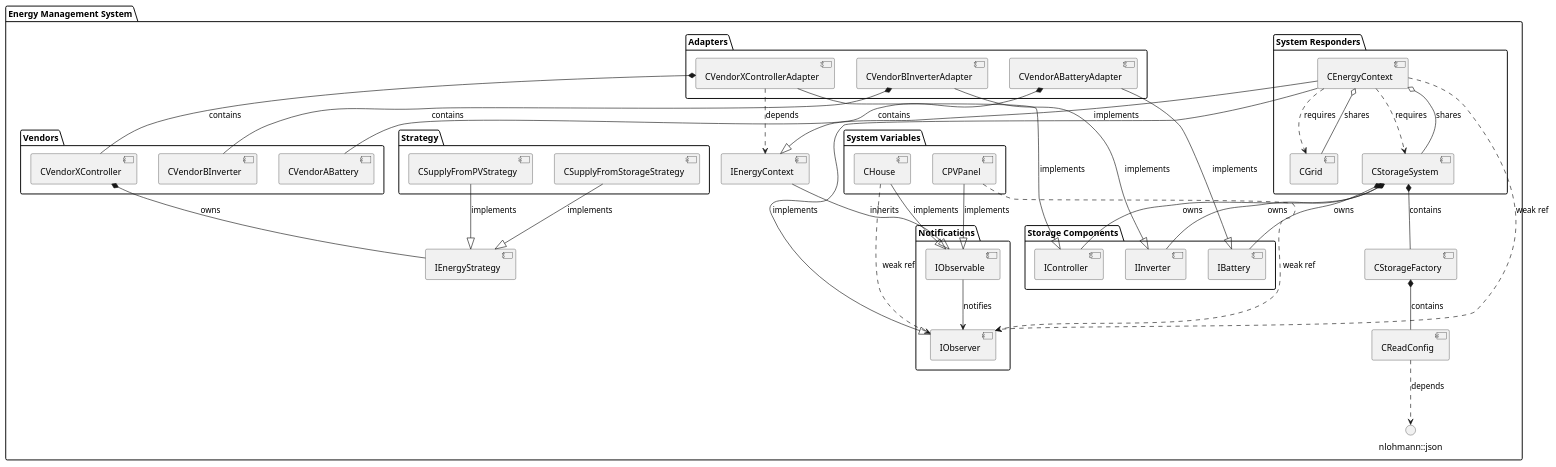
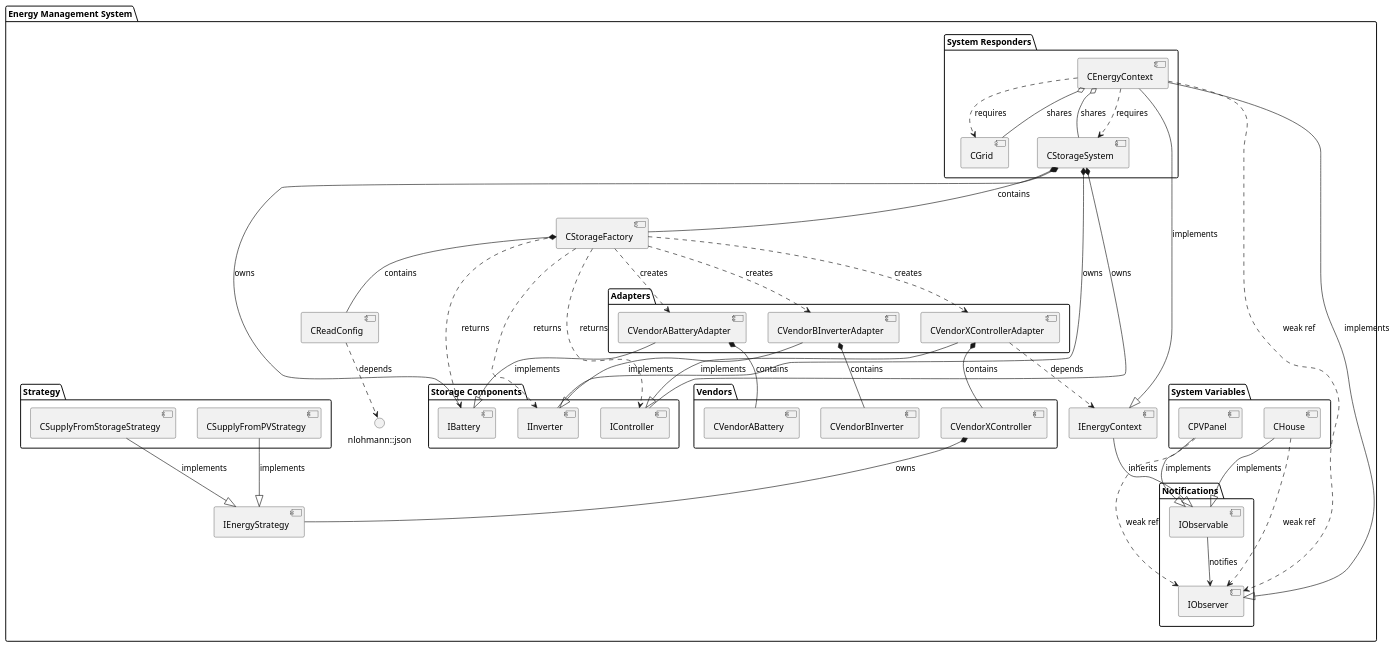
The diagram in docs/component_diagram.puml (Menna271/BatteryManagementSystem), drawn with PlantUML before and after one commit.

Commit message:
Modified diagrams

```diff
--- a/docs/component_diagram.puml
+++ b/docs/component_diagram.puml
@@ -1,83 +1,89 @@
 @startuml Component Diagram
 
 package "Energy Management System" {
     package "System Variables" {
         [CPVPanel] 
         [CHouse] 
     }
         package "System Responders" {
         [CEnergyContext] ..> [CStorageSystem] : "requires"
         [CEnergyContext] ..> [CGrid] : "requires"
     }
 
     package "Notifications" {
         [IObservable]
         [IObserver]
     } 
 
     package "Storage Components" {
         [IController]
         [IInverter]
         [IBattery]
     }
 
     package "Vendors" {
         [CVendorABattery]
         [CVendorBInverter]
         [CVendorXController]
     }
 
     package "Adapters" {
         [CVendorABatteryAdapter]
         [CVendorBInverterAdapter]
         [CVendorXControllerAdapter]
     }
 
     package "Strategy" {
         [CSupplyFromPVStrategy]
         [CSupplyFromStorageStrategy]
     }
 
     [CEnergyContext] o-- [CStorageSystem] : shares
     [CEnergyContext] o-- [CGrid] : shares
 
     [CPVPanel] --|> [IObservable] : "implements"
     [CHouse] --|> [IObservable] : "implements"
 
     [CPVPanel] ..> [IObserver] : "weak ref"
     [CHouse] ..> [IObserver] : "weak ref"
 
     [IObservable] --> [IObserver] : "notifies"
 
     [CEnergyContext] --|> [IEnergyContext] : "implements"
     [IEnergyContext] --|> [IObservable] : "inherits"
     [CEnergyContext] --|> [IObserver] : "implements"
     [CEnergyContext] ..> [IObserver] : "weak ref"
 
     [CStorageSystem] *-- [IController] : "owns"
     [CStorageSystem] *-- [IInverter] : "owns"
     [CStorageSystem] *-- [IBattery] : "owns"
     [CStorageSystem] *-- [CStorageFactory] : "contains"
 
     [CStorageFactory] *-- [CReadConfig] : "contains"
+    [CStorageFactory] ..> [CVendorABatteryAdapter] : creates
+    [CStorageFactory] ..> [CVendorBInverterAdapter] : creates
+    [CStorageFactory] ..> [CVendorXControllerAdapter] : creates
+    [CStorageFactory] ..> [IController] : returns
+    [CStorageFactory] ..> IInverter : returns
+    [CStorageFactory] ..> [IBattery] : returns
 
     [CReadConfig] ..> "nlohmann::json" : depends 
 
     [CVendorABatteryAdapter] *-- [CVendorABattery] : "contains"
     [CVendorABatteryAdapter] --|> [IBattery] : "implements"
 
     [CVendorBInverterAdapter] *-- [CVendorBInverter] : "contains"
     [CVendorBInverterAdapter] --|> [IInverter] : "implements"
 
     [CVendorXControllerAdapter] *-- [CVendorXController] : "contains"
     [CVendorXControllerAdapter] --|> [IController] : "implements"
     [CVendorXControllerAdapter] ..> [IEnergyContext] : "depends"
 
     [CSupplyFromPVStrategy] --|> [IEnergyStrategy] : "implements"
     [CSupplyFromStorageStrategy] --|> [IEnergyStrategy] : "implements"
 
     [CVendorXController] *-- [IEnergyStrategy] : "owns"
 
 }
 
 @enduml
```
